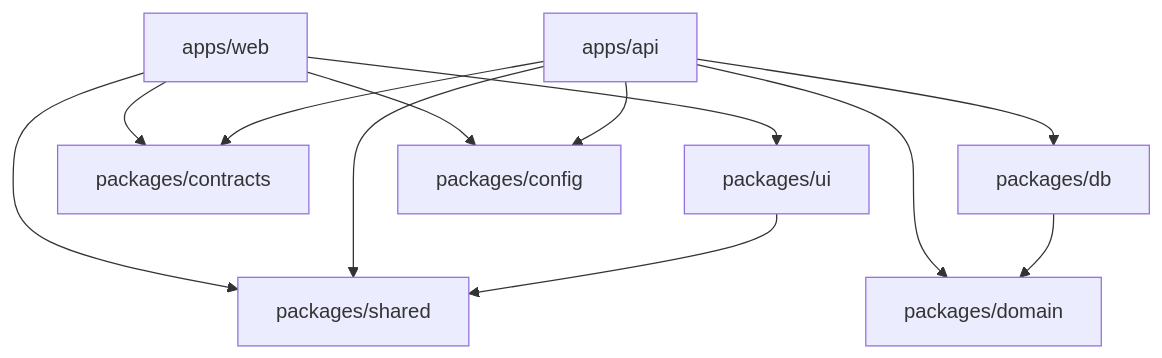
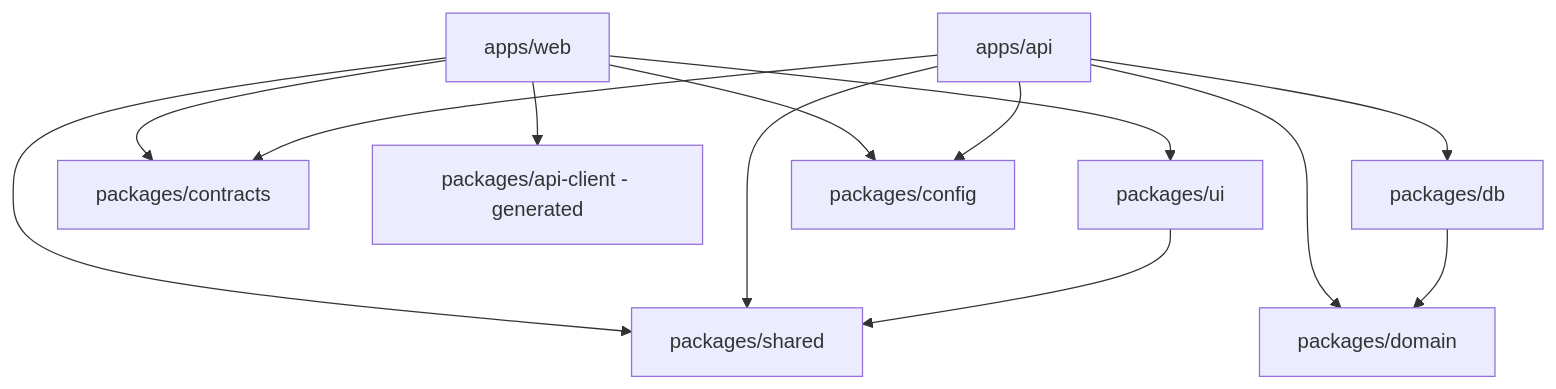
Before and after one commit to neetrino/BigProjects_BOS: the second of 6 diagrams in docs/01-ARCHITECTURE.md, drawn with Mermaid. The commit also changed other lines of this file and 16 other files, not shown here.

Commit message:
docs: enhance consistency audit and architecture documentation for Release 1

````diff
--- a/docs/01-ARCHITECTURE.md
+++ b/docs/01-ARCHITECTURE.md
@@ -124,23 +126,25 @@
 ```mermaid
 flowchart TD
   Web["apps/web"]
   Api["apps/api"]
   UI["packages/ui"]
   Contracts["packages/contracts"]
+  ApiClient["packages/api-client - generated"]
   Domain["packages/domain"]
   DB["packages/db"]
   Shared["packages/shared"]
   Config["packages/config"]
 
   Web --> UI
   Web --> Contracts
+  Web --> ApiClient
   Web --> Shared
   Api --> Contracts
   Api --> Domain
   Api --> DB
   Api --> Shared
   UI --> Shared
   DB --> Domain
   Web --> Config
   Api --> Config
 ```
````
